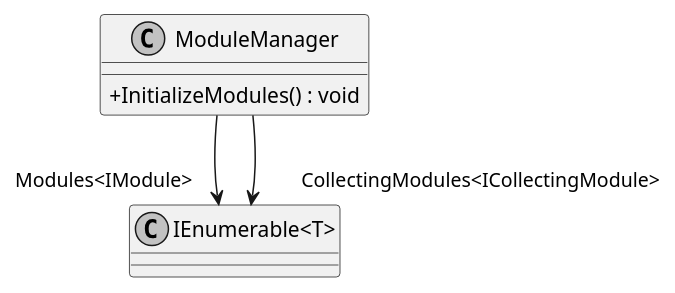
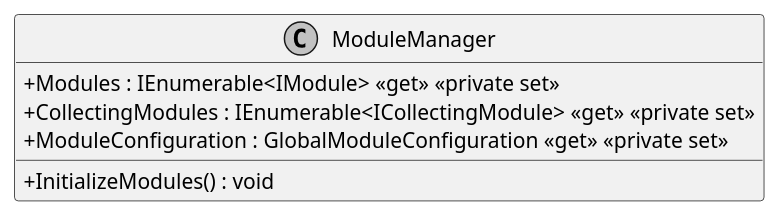
One commit to insightmind/MORR changed the diagram in documents/sd/plantuml/application/Core/MORR/ModuleManager.puml. Above: the diagram before and after it, drawn with PlantUML. The commit also changed 85 other files, not shown here.

Commit message:
Added diagrams for Core and Shared

```diff
--- a/documents/sd/plantuml/application/Core/MORR/ModuleManager.puml
+++ b/documents/sd/plantuml/application/Core/MORR/ModuleManager.puml
@@ -1,12 +1,12 @@
 @startuml
 skinparam monochrome true
 skinparam classAttributeIconSize 0
 
 class ModuleManager {
+    + Modules : IEnumerable<IModule> <<get>> <<private set>>
+    + CollectingModules : IEnumerable<ICollectingModule> <<get>> <<private set>>
+    + ModuleConfiguration : GlobalModuleConfiguration <<get>> <<private set>>
     + InitializeModules() : void
 }
-class "IEnumerable<T>" {
-}
-ModuleManager --> "Modules<IModule>" "IEnumerable<T>"
-ModuleManager --> "CollectingModules<ICollectingModule>" "IEnumerable<T>"
+
 @enduml
```
